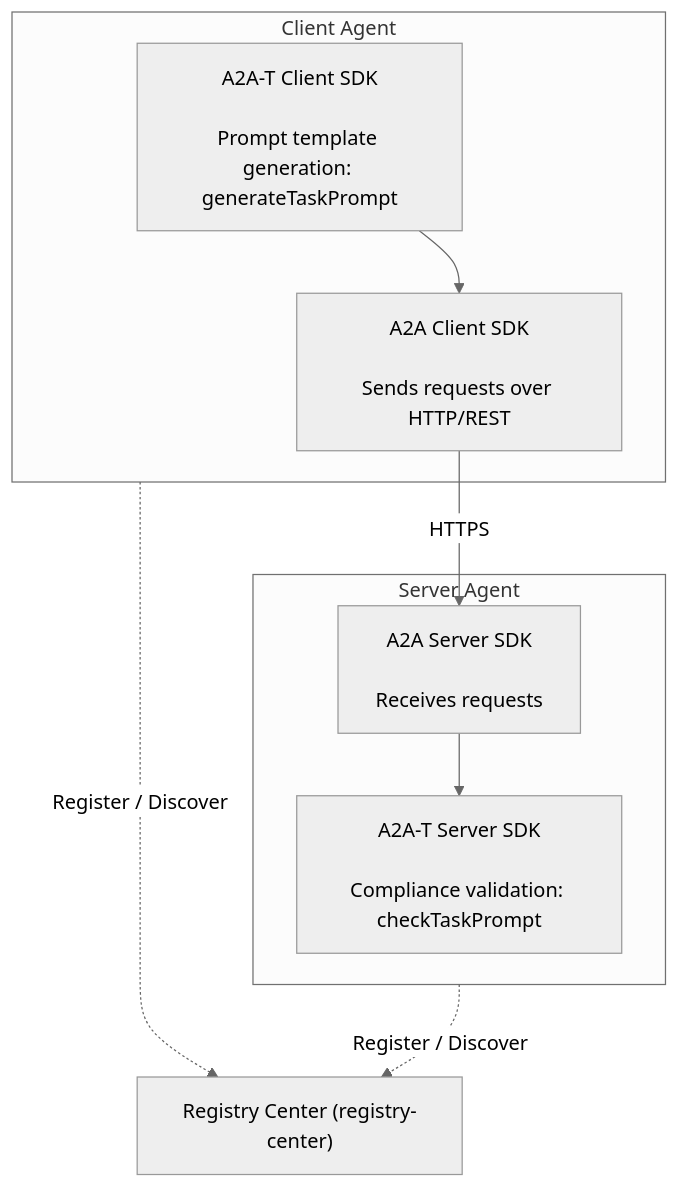
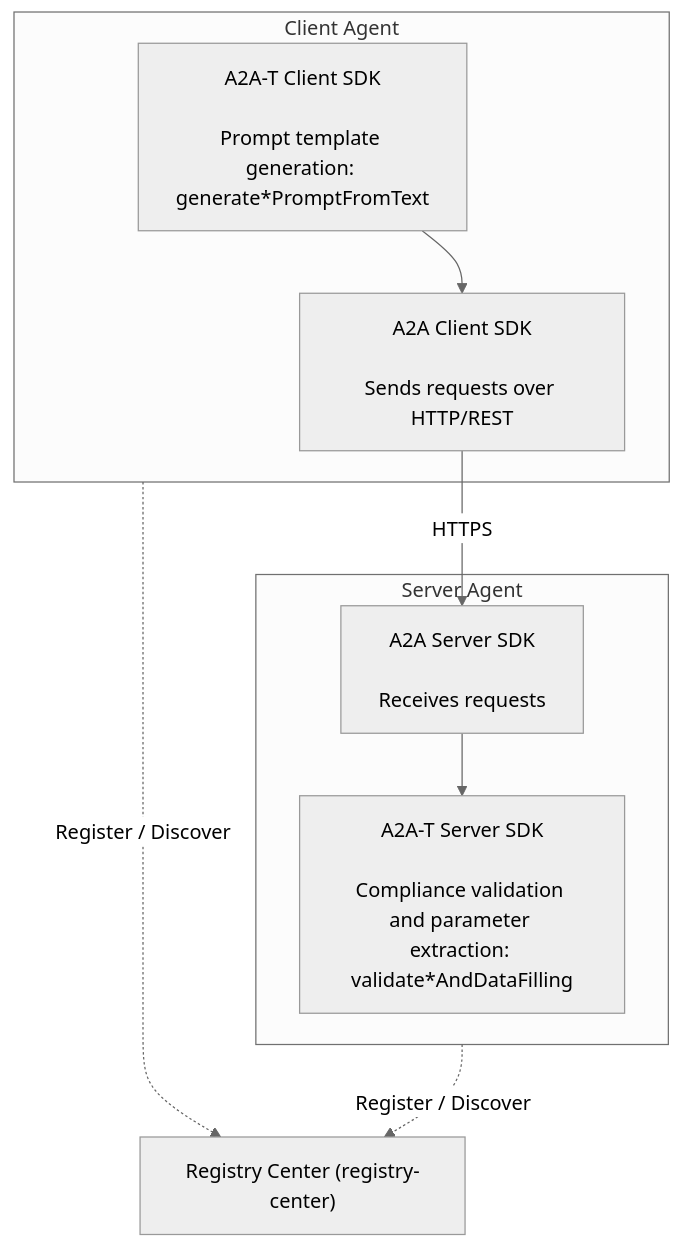
One commit to codetalks-hw/a2a-t-sdk-java changed the second of 4 diagrams in docs/en/developer_guide.md. Above: the diagram before and after it, drawn with Mermaid (neutral theme). The commit also changed other lines of this file and 5 other files, not shown here.

````diff
--- a/docs/en/developer_guide.md
+++ b/docs/en/developer_guide.md
@@ -63,20 +63,20 @@
 ```mermaid
 flowchart TD
     subgraph Client["Client Agent"]
-        A1["A2A-T Client SDK<br><br>Prompt template generation: generateTaskPrompt"]
+        A1["A2A-T Client SDK<br><br>Prompt template generation: generate*PromptFromText"]
         A2["A2A Client SDK<br><br>Sends requests over HTTP/REST"]
         A1 --> A2
     end
 
     subgraph Server["Server Agent"]
-        B1["A2A-T Server SDK<br><br>Compliance validation: checkTaskPrompt"]
+        B1["A2A-T Server SDK<br><br>Compliance validation and parameter extraction: validate*AndDataFilling"]
         B2["A2A Server SDK<br><br>Receives requests"]
         B2 --> B1
     end
 
     Registry["Registry Center (registry-center)"]
 
     A2 -- HTTPS --> B2
     Client -. Register / Discover .-> Registry
     Server -. Register / Discover .-> Registry
 ```
````
